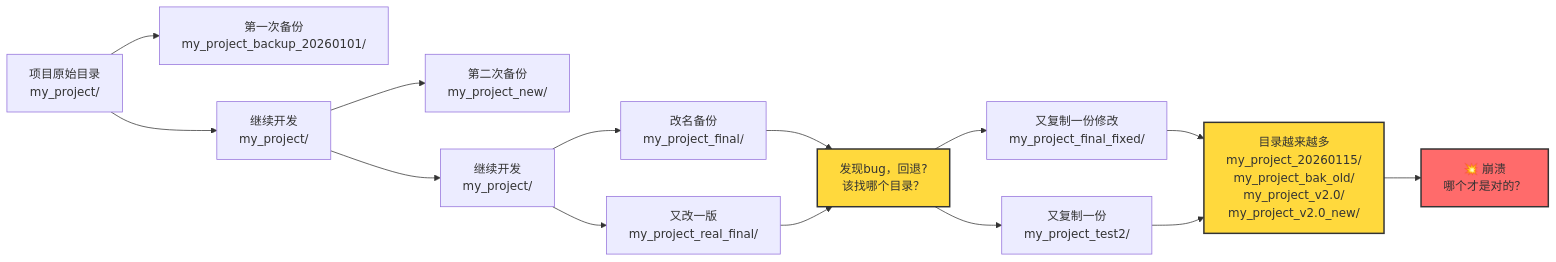
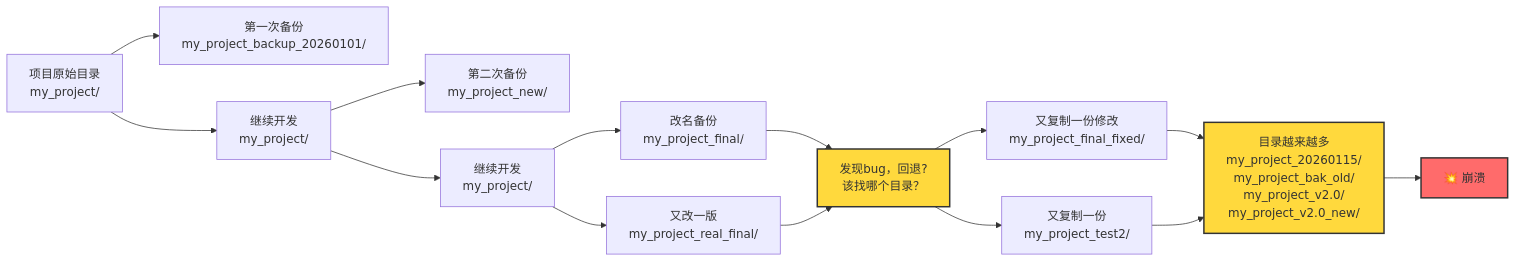
One commit to a76854/eng-practice-book changed the first of 2 diagrams in book/software_engineering/dev_meta_skills/git_workflow.md. Above: the diagram before and after it, drawn with Mermaid. The commit also changed other lines of this file, not shown here.

````diff
--- a/book/software_engineering/dev_meta_skills/git_workflow.md
+++ b/book/software_engineering/dev_meta_skills/git_workflow.md
@@ -23,26 +23,26 @@
 ```mermaid
 graph LR
     A[项目原始目录<br>my_project/] --> B[第一次备份<br>my_project_backup_20260101/]
     A --> C[继续开发<br>my_project/]
 
     C --> D[第二次备份<br>my_project_new/]
     C --> E[继续开发<br>my_project/]
 
     E --> F[改名备份<br>my_project_final/]
     E --> G[又改一版<br>my_project_real_final/]
 
     F --> H[发现bug，回退?<br>该找哪个目录？]
     G --> H
 
     H --> I[又复制一份修改<br>my_project_final_fixed/]
     H --> J[又复制一份<br>my_project_test2/]
 
     I --> K[目录越来越多<br>my_project_20260115/<br>my_project_bak_old/<br>my_project_v2.0/<br>my_project_v2.0_new/]
     J --> K
 
-    K --> L[💥 崩溃<br>哪个才是对的？]
+    K --> L[💥 崩溃]
 
     style L fill:#ff6b6b,stroke:#333,stroke-width:2px
     style K fill:#ffd93d,stroke:#333,stroke-width:2px
     style H fill:#ffd93d,stroke:#333,stroke-width:2px
 ```
````
